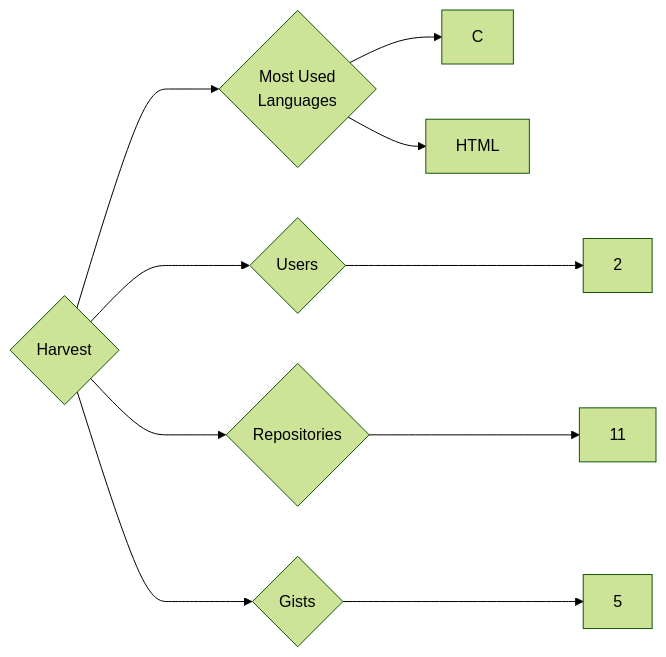
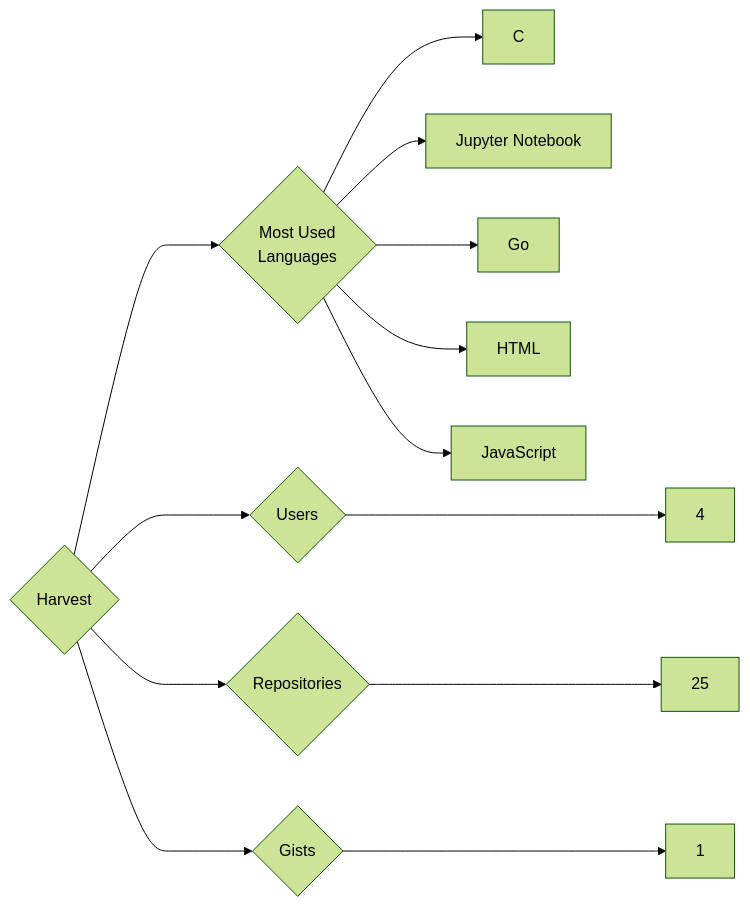
The diagram in targets/Harvest/README.md (trickest/insiders), drawn with Mermaid (forest theme) before and after one commit. The commit also changed 965 other files, not shown here.

````diff
--- a/targets/Harvest/README.md
+++ b/targets/Harvest/README.md
@@ -3,10 +3,13 @@
 ```mermaid
 graph LR
 COMPANY_NAME{Harvest}
-COMPANY_NAME ---> U{Users} ---> UN[2]
-COMPANY_NAME ---> R{Repositories} ---> RN[11]
-COMPANY_NAME ---> G{Gists} ---> GN[5]
+COMPANY_NAME ---> U{Users} ---> UN[4]
+COMPANY_NAME ---> R{Repositories} ---> RN[25]
+COMPANY_NAME ---> G{Gists} ---> GN[1]
 COMPANY_NAME ---> ML{Most Used<br>Languages}
 ML --> C[C]
+ML --> Jupyter_Notebook[Jupyter Notebook]
+ML --> Go[Go]
 ML --> HTML[HTML]
+ML --> JavaScript[JavaScript]
 ```
````
